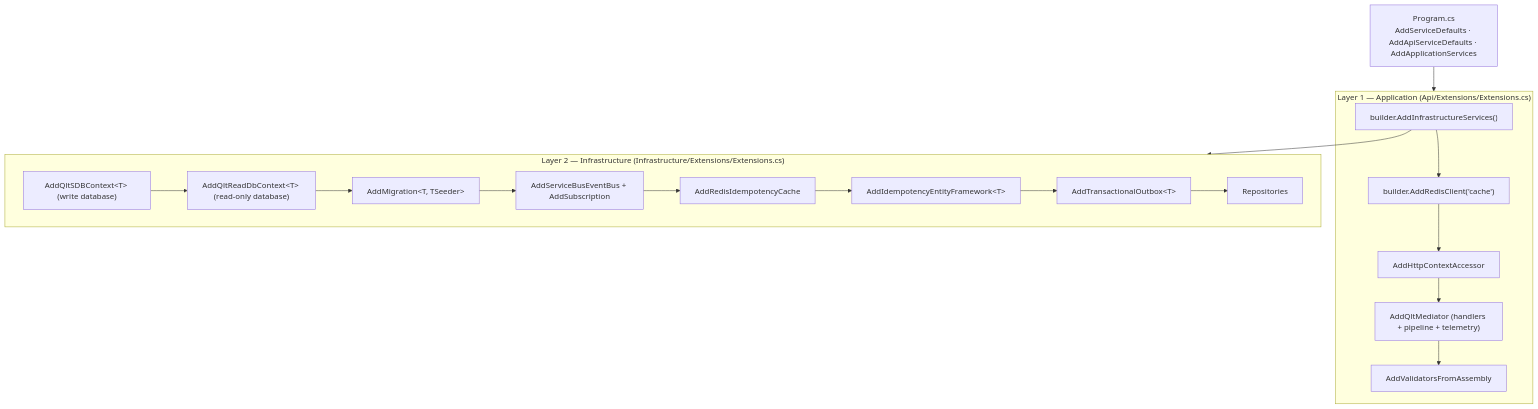
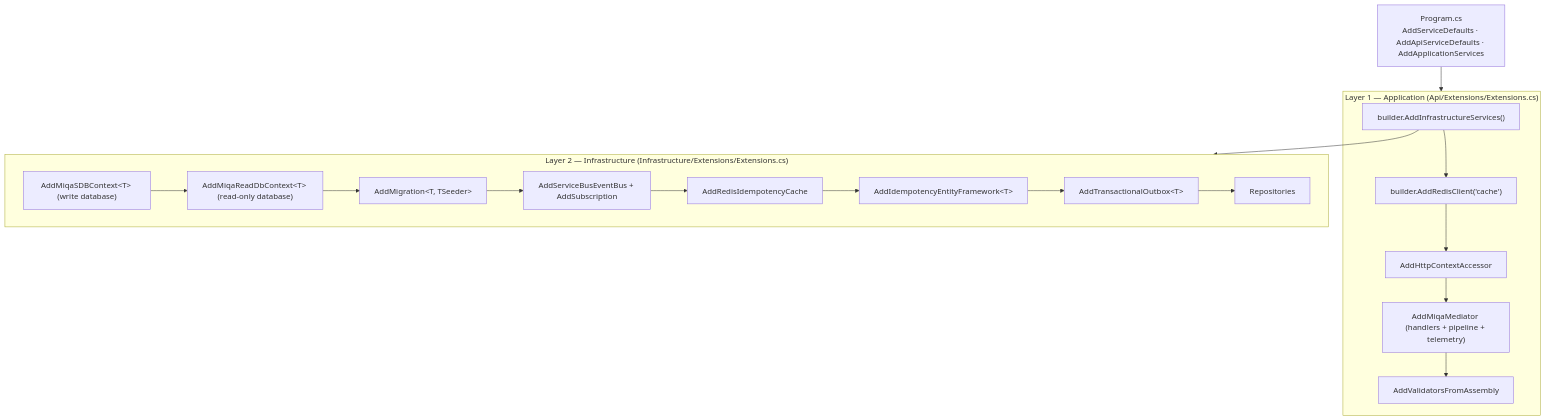
Before and after one commit to miquelalcaraz/Labs.ServicePlatform: the first of 2 diagrams in docs/developer-guide/01-service-configuration.md, drawn with Mermaid. The commit also changed other lines of this file and 1114 other files, not shown here.

Commit message:
refactor: rename namespaces from Qlt to Miqa

````diff
--- a/docs/developer-guide/01-service-configuration.md
+++ b/docs/developer-guide/01-service-configuration.md
@@ -13,28 +13,28 @@
 ```mermaid
 flowchart TB
     P["Program.cs<br/>AddServiceDefaults · AddApiServiceDefaults · AddApplicationServices"]
 
     subgraph L1["Layer 1 — Application (Api/Extensions/Extensions.cs)"]
         A1["builder.AddInfrastructureServices()"]
         A2["builder.AddRedisClient('cache')"]
         A3["AddHttpContextAccessor"]
-        A4["AddQltMediator (handlers + pipeline + telemetry)"]
+        A4["AddMiqaMediator (handlers + pipeline + telemetry)"]
         A5["AddValidatorsFromAssembly"]
         A1 --> A2 --> A3 --> A4 --> A5
     end
 
     subgraph L2["Layer 2 — Infrastructure (Infrastructure/Extensions/Extensions.cs)"]
-        B1["AddQltSDBContext#lt;T#gt; (write database)"]
-        B2["AddQltReadDbContext#lt;T#gt; (read-only database)"]
+        B1["AddMiqaSDBContext#lt;T#gt; (write database)"]
+        B2["AddMiqaReadDbContext#lt;T#gt; (read-only database)"]
         B3["AddMigration#lt;T, TSeeder#gt;"]
         B4["AddServiceBusEventBus + AddSubscription"]
         B5["AddRedisIdempotencyCache"]
         B6["AddIdempotencyEntityFramework#lt;T#gt;"]
         B7["AddTransactionalOutbox#lt;T#gt;"]
         B8["Repositories"]
         B1 --> B2 --> B3 --> B4 --> B5 --> B6 --> B7 --> B8
     end
 
     P --> L1
     A1 --> L2
 ```
````
